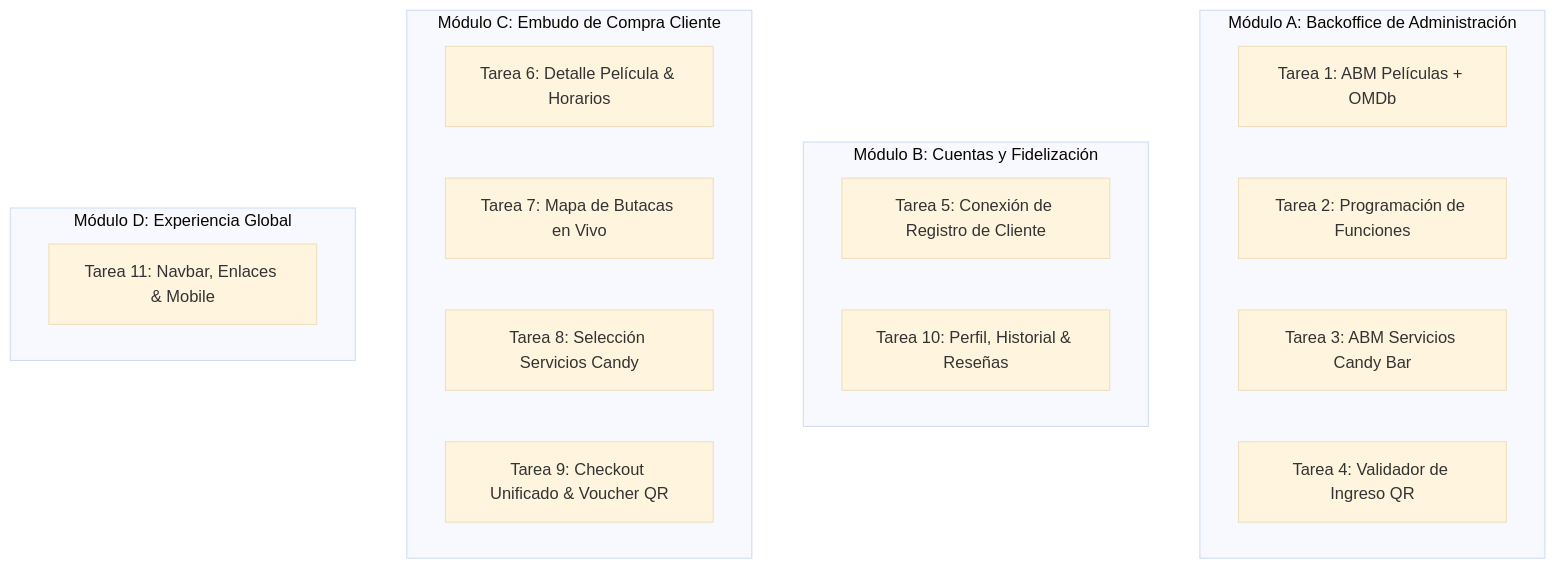
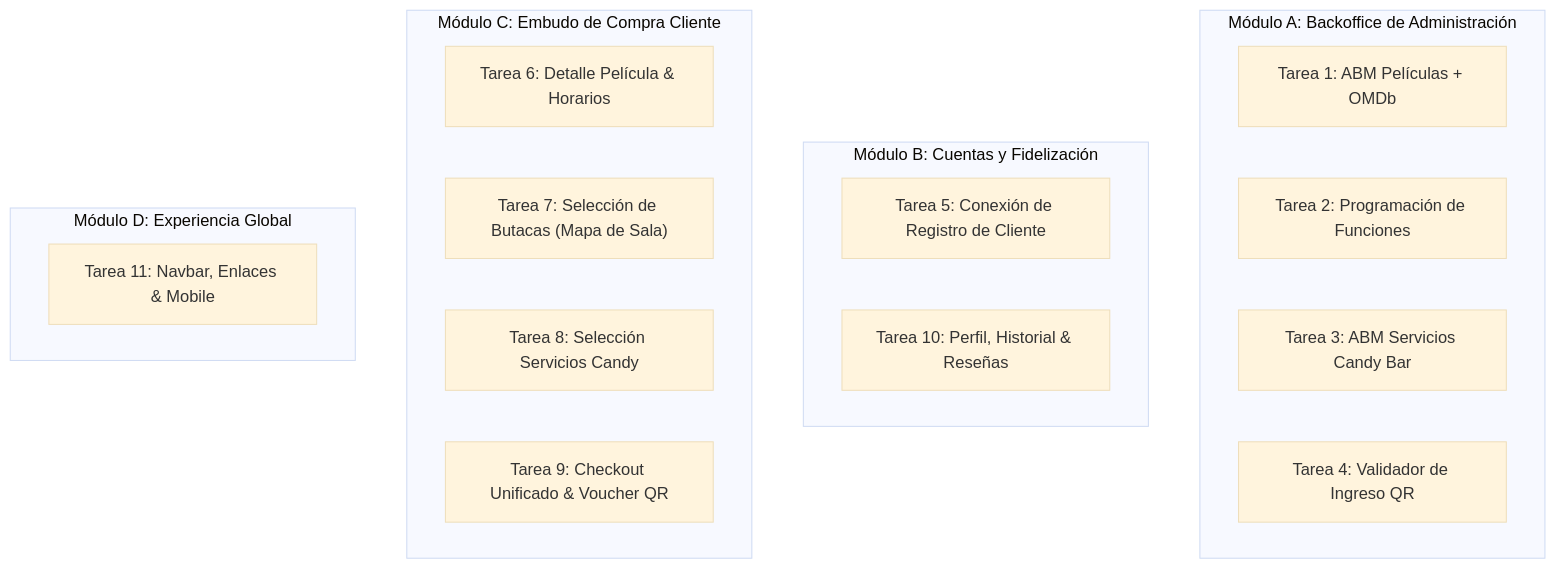
Before and after one commit to fcamporaa/IDS_ProyectoFinal_equipo10: the diagram in docs/hito-3-tareas.md, drawn with Mermaid (base theme). The commit also changed other lines of this file and 3 other files, not shown here.

````diff
--- a/docs/hito-3-tareas.md
+++ b/docs/hito-3-tareas.md
@@ -37,25 +37,25 @@
 ```mermaid
 flowchart TD
     subgraph Backoffice ["Módulo A: Backoffice de Administración"]
         T1["Tarea 1: ABM Películas + OMDb"]
         T2["Tarea 2: Programación de Funciones"]
         T3["Tarea 3: ABM Servicios Candy Bar"]
         T4["Tarea 4: Validador de Ingreso QR"]
     end
 
     subgraph AuthPerfil ["Módulo B: Cuentas y Fidelización"]
         T5["Tarea 5: Conexión de Registro de Cliente"]
         T10["Tarea 10: Perfil, Historial & Reseñas"]
     end
 
     subgraph Funnel ["Módulo C: Embudo de Compra Cliente"]
         T6["Tarea 6: Detalle Película & Horarios"]
-        T7["Tarea 7: Mapa de Butacas en Vivo"]
+        T7["Tarea 7: Selección de Butacas (Mapa de Sala)"]
         T8["Tarea 8: Selección Servicios Candy"]
         T9["Tarea 9: Checkout Unificado & Voucher QR"]
     end
 
     subgraph Layout ["Módulo D: Experiencia Global"]
         T11["Tarea 11: Navbar, Enlaces & Mobile"]
     end
 ```
````
